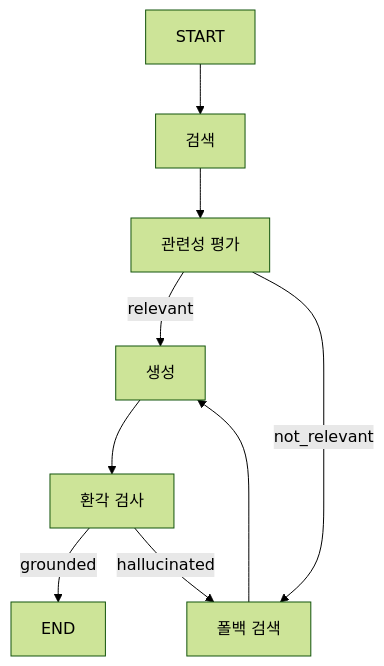
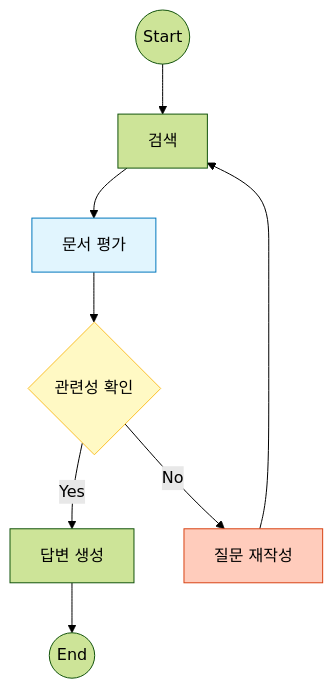
Before and after one commit to Ranponim/rag_agent: the diagram in docs/04_advanced_rag.md, drawn with Mermaid (forest theme). The commit also changed other lines of this file and 18 other files, not shown here.

````diff
--- a/docs/04_advanced_rag.md
+++ b/docs/04_advanced_rag.md
@@ -58,11 +18,14 @@
 ```mermaid
 graph TD
-    START --> retrieve[검색]
-    retrieve --> grade[관련성 평가]
-    grade -->|relevant| generate[생성]
-    grade -->|not_relevant| fallback[폴백 검색]
-    generate --> check[환각 검사]
-    check -->|grounded| END
-    check -->|hallucinated| fallback
-    fallback --> generate
+    START((Start)) --> Retrieve[검색]
+    Retrieve --> Grade[문서 평가]
+    Grade --> Check{관련성 확인}
+    Check -->|Yes| Generate[답변 생성]
+    Check -->|No| Rewrite[질문 재작성]
+    Rewrite --> Retrieve
+    Generate --> END((End))
+    
+    style Grade fill:#e1f5fe,stroke:#0277bd
+    style Rewrite fill:#ffccbc,stroke:#d84315
+    style Check fill:#fff9c4,stroke:#fbc02d
 ```
````
